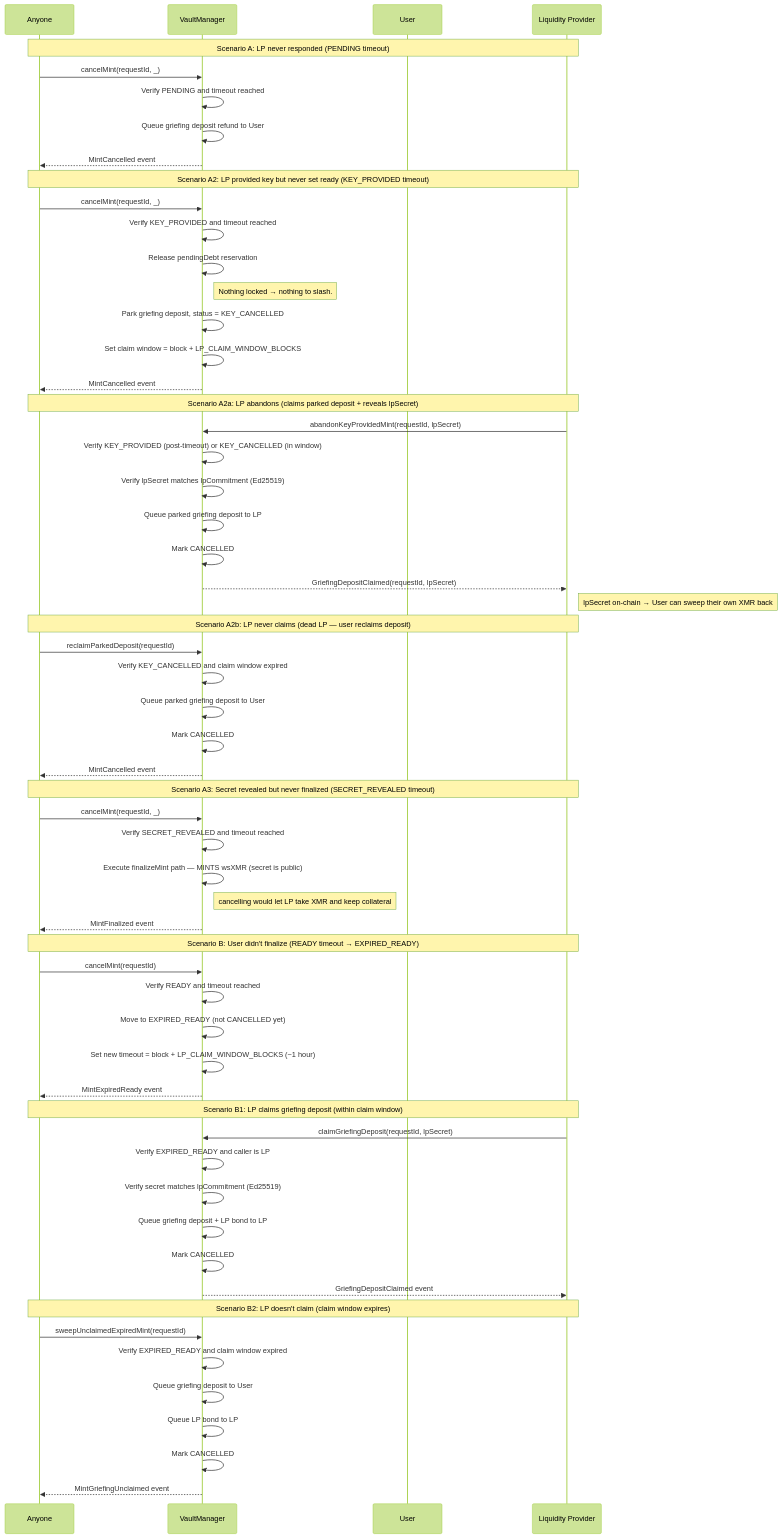
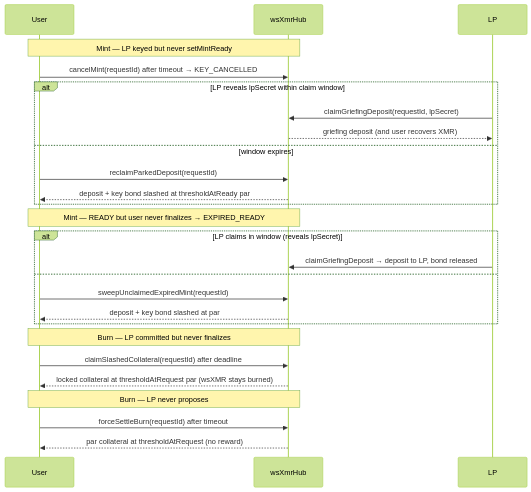
The seventh of 7 diagrams in docs/sequenceDiagrams.md (madschristensen99/wrapsynth), drawn with Mermaid (forest theme) before and after one commit. The commit also changed other lines of this file and 178 other files, not shown here.

````diff
--- a/docs/sequenceDiagrams.md
+++ b/docs/sequenceDiagrams.md
@@ -490,68 +173,32 @@
 ```mermaid
 sequenceDiagram
-    participant Anyone
-    participant VM as VaultManager
-    participant User
-    participant LP as Liquidity Provider
+    participant U as User
+    participant H as wsXmrHub
+    participant LP
 
-    Note over Anyone,LP: Scenario A: LP never responded (PENDING timeout)
-    Anyone->>VM: cancelMint(requestId, _)
-    VM->>VM: Verify PENDING and timeout reached
-    VM->>VM: Queue griefing deposit refund to User
-    VM-->>Anyone: MintCancelled event
+    note over U,H: Mint — LP keyed but never setMintReady
+    U->>H: cancelMint(requestId) after timeout → KEY_CANCELLED
+    alt LP reveals lpSecret within claim window
+        LP->>H: claimGriefingDeposit(requestId, lpSecret)
+        H-->>LP: griefing deposit (and user recovers XMR)
+    else window expires
+        U->>H: reclaimParkedDeposit(requestId)
+        H-->>U: deposit + key bond slashed at thresholdAtReady par
+    end
 
-    Note over Anyone,LP: Scenario A2: LP provided key but never set ready (KEY_PROVIDED timeout)
-    Anyone->>VM: cancelMint(requestId, _)
-    VM->>VM: Verify KEY_PROVIDED and timeout reached
-    VM->>VM: Release pendingDebt reservation
-    Note right of VM: Nothing locked → nothing to slash.
-    VM->>VM: Park griefing deposit, status = KEY_CANCELLED
-    VM->>VM: Set claim window = block + LP_CLAIM_WINDOW_BLOCKS
-    VM-->>Anyone: MintCancelled event
+    note over U,H: Mint — READY but user never finalizes → EXPIRED_READY
+    alt LP claims in window (reveals lpSecret)
+        LP->>H: claimGriefingDeposit → deposit to LP, bond released
+    else
+        U->>H: sweepUnclaimedExpiredMint(requestId)
+        H-->>U: deposit + key bond slashed at par
+    end
 
-    Note over Anyone,LP: Scenario A2a: LP abandons (claims parked deposit + reveals lpSecret)
-    LP->>VM: abandonKeyProvidedMint(requestId, lpSecret)
-    VM->>VM: Verify KEY_PROVIDED (post-timeout) or KEY_CANCELLED (in window)
-    VM->>VM: Verify lpSecret matches lpCommitment (Ed25519)
-    VM->>VM: Queue parked griefing deposit to LP
-    VM->>VM: Mark CANCELLED
-    VM-->>LP: GriefingDepositClaimed(requestId, lpSecret)
-    Note right of LP: lpSecret on-chain → User can sweep their own XMR back
+    note over U,H: Burn — LP committed but never finalizes
+    U->>H: claimSlashedCollateral(requestId) after deadline
+    H-->>U: locked collateral at thresholdAtRequest par (wsXMR stays burned)
 
-    Note over Anyone,LP: Scenario A2b: LP never claims (dead LP — user reclaims deposit)
-    Anyone->>VM: reclaimParkedDeposit(requestId)
-    VM->>VM: Verify KEY_CANCELLED and claim window expired
-    VM->>VM: Queue parked griefing deposit to User
-    VM->>VM: Mark CANCELLED
-    VM-->>Anyone: MintCancelled event
-
-    Note over Anyone,LP: Scenario A3: Secret revealed but never finalized (SECRET_REVEALED timeout)
-    Anyone->>VM: cancelMint(requestId, _)
-    VM->>VM: Verify SECRET_REVEALED and timeout reached
-    VM->>VM: Execute finalizeMint path — MINTS wsXMR (secret is public)
-    Note right of VM: cancelling would let LP take XMR and keep collateral
-    VM-->>Anyone: MintFinalized event
-
-    Note over Anyone,LP: Scenario B: User didn't finalize (READY timeout → EXPIRED_READY)
-    Anyone->>VM: cancelMint(requestId)
-    VM->>VM: Verify READY and timeout reached
-    VM->>VM: Move to EXPIRED_READY (not CANCELLED yet)
-    VM->>VM: Set new timeout = block + LP_CLAIM_WINDOW_BLOCKS (~1 hour)
-    VM-->>Anyone: MintExpiredReady event
-
-    Note over Anyone,LP: Scenario B1: LP claims griefing deposit (within claim window)
-    LP->>VM: claimGriefingDeposit(requestId, lpSecret)
-    VM->>VM: Verify EXPIRED_READY and caller is LP
-    VM->>VM: Verify secret matches lpCommitment (Ed25519)
-    VM->>VM: Queue griefing deposit + LP bond to LP
-    VM->>VM: Mark CANCELLED
-    VM-->>LP: GriefingDepositClaimed event
-
-    Note over Anyone,LP: Scenario B2: LP doesn't claim (claim window expires)
-    Anyone->>VM: sweepUnclaimedExpiredMint(requestId)
-    VM->>VM: Verify EXPIRED_READY and claim window expired
-    VM->>VM: Queue griefing deposit to User
-    VM->>VM: Queue LP bond to LP
-    VM->>VM: Mark CANCELLED
-    VM-->>Anyone: MintGriefingUnclaimed event
+    note over U,H: Burn — LP never proposes
+    U->>H: forceSettleBurn(requestId) after timeout
+    H-->>U: par collateral at thresholdAtRequest (no reward)
 ```
````
